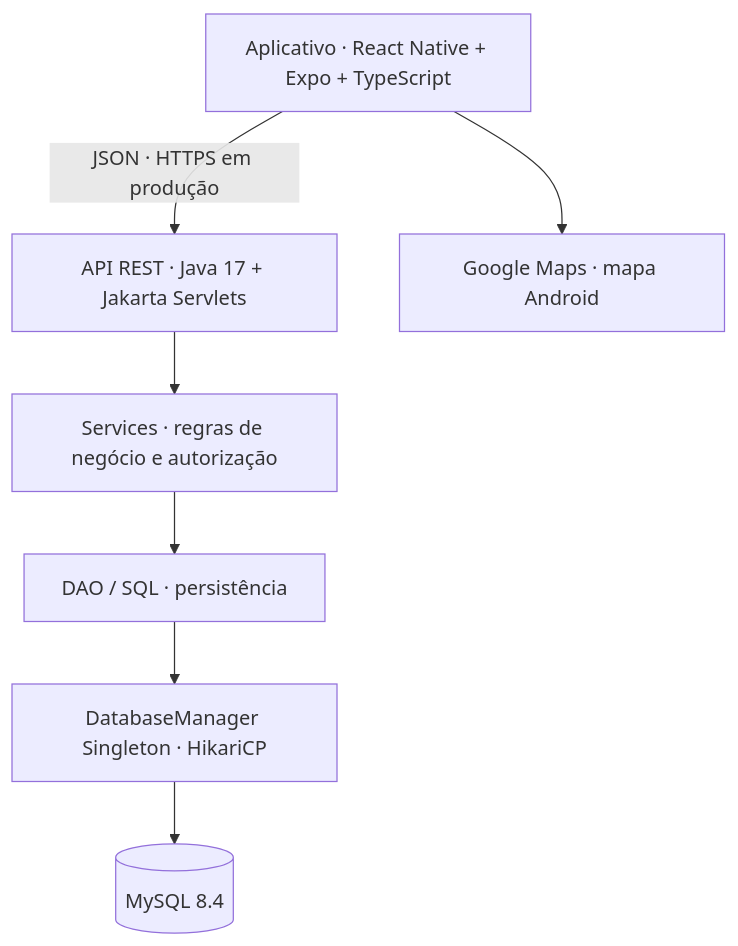
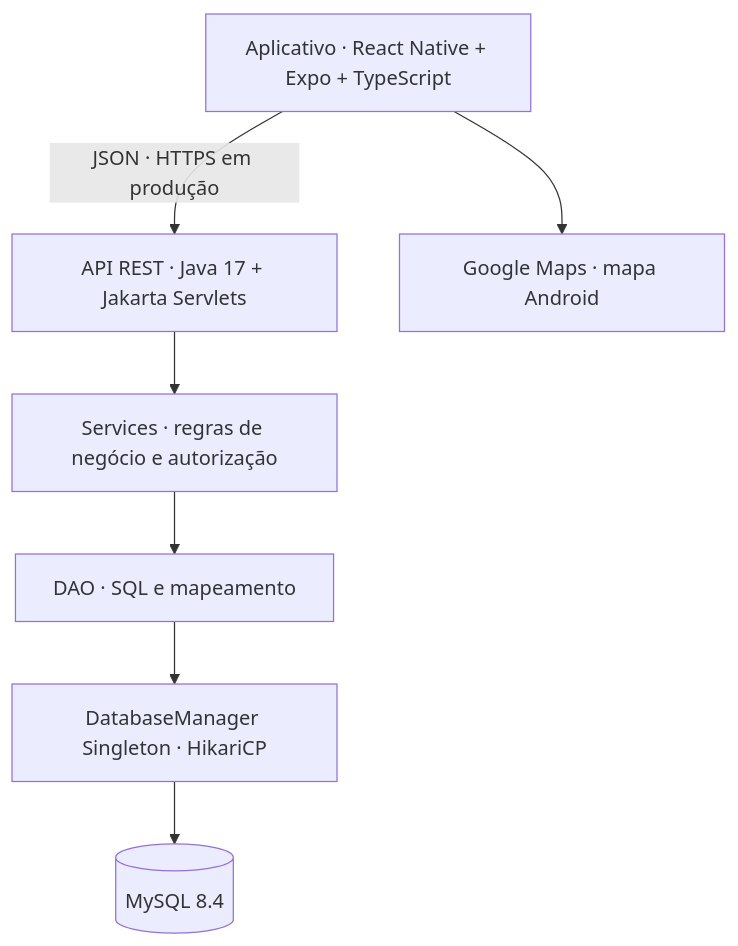
One commit to Heitor-Santiago0/RoleOut-Mobile changed the second of 2 diagrams in README.md. Above: the diagram before and after it, drawn with Mermaid. The commit also changed other lines of this file and 46 other files, not shown here.

````diff
--- a/README.md
+++ b/README.md
@@ -76,13 +78,13 @@
 ```mermaid
 flowchart TD
     App[Aplicativo · React Native + Expo + TypeScript]
     API[API REST · Java 17 + Jakarta Servlets]
     Services[Services · regras de negócio e autorização]
-    DAO[DAO / SQL · persistência]
+    DAO[DAO · SQL e mapeamento]
     Pool[DatabaseManager Singleton · HikariCP]
     DB[(MySQL 8.4)]
     Maps[Google Maps · mapa Android]
     App -->|JSON · HTTPS em produção| API
     App --> Maps
     API --> Services --> DAO --> Pool --> DB
 ```
````
